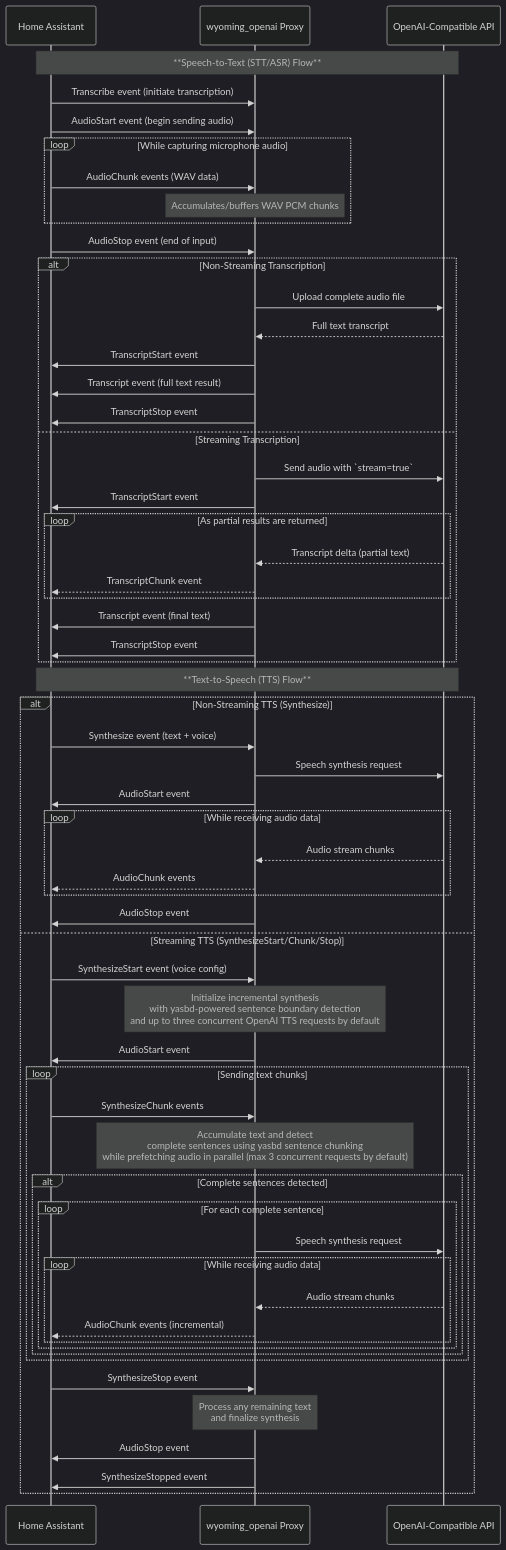
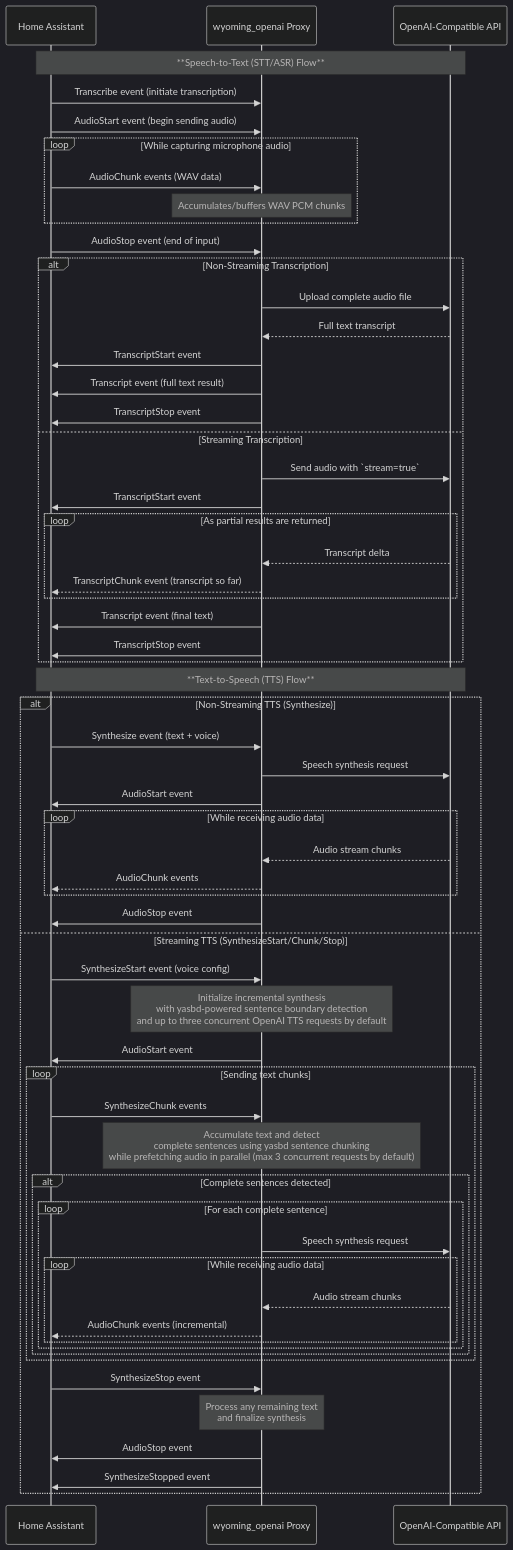
The first of 2 diagrams in README.md (roryeckel/wyoming_openai), drawn with Mermaid (dark theme) before and after one commit. The commit also changed other lines of this file and 7 other files, not shown here.

````diff
--- a/README.md
+++ b/README.md
@@ -501,66 +501,66 @@
 ```mermaid
 sequenceDiagram
   participant HA as Home Assistant
   participant WY as wyoming_openai Proxy
   participant OAPI as OpenAI-Compatible API
   
   Note over HA,OAPI: **Speech-to-Text (STT/ASR) Flow**
   HA->>WY: Transcribe event (initiate transcription)
   HA->>WY: AudioStart event (begin sending audio)
   loop While capturing microphone audio
     HA->>WY: AudioChunk events (WAV data)
     Note over WY: Accumulates/buffers WAV PCM chunks
   end
   HA->>WY: AudioStop event (end of input)
   
   alt Non-Streaming Transcription
     WY->>OAPI: Upload complete audio file
     OAPI-->>WY: Full text transcript
     WY->>HA: TranscriptStart event
     WY->>HA: Transcript event (full text result)
     WY->>HA: TranscriptStop event
   else Streaming Transcription
     WY->>OAPI: Send audio with `stream=true`
     WY->>HA: TranscriptStart event
     loop As partial results are returned
-      OAPI-->>WY: Transcript delta (partial text)
-      WY-->>HA: TranscriptChunk event
+      OAPI-->>WY: Transcript delta
+      WY-->>HA: TranscriptChunk event (transcript so far)
     end
     WY->>HA: Transcript event (final text)
     WY->>HA: TranscriptStop event
   end
   
   Note over HA,OAPI: **Text-to-Speech (TTS) Flow**
   
   alt Non-Streaming TTS (Synthesize)
     HA->>WY: Synthesize event (text + voice)
     WY->>OAPI: Speech synthesis request
     WY->>HA: AudioStart event
     loop While receiving audio data
       OAPI-->>WY: Audio stream chunks
       WY-->>HA: AudioChunk events
     end
     WY->>HA: AudioStop event
   else Streaming TTS (SynthesizeStart/Chunk/Stop)
     HA->>WY: SynthesizeStart event (voice config)
     Note over WY: Initialize incremental synthesis<br/>with yasbd-powered sentence boundary detection<br/>and up to three concurrent OpenAI TTS requests by default
     WY->>HA: AudioStart event
     loop Sending text chunks
       HA->>WY: SynthesizeChunk events
       Note over WY: Accumulate text and detect<br/>complete sentences using yasbd sentence chunking<br/>while prefetching audio in parallel (max 3 concurrent requests by default)
       alt Complete sentences detected
         loop For each complete sentence
           WY->>OAPI: Speech synthesis request
           loop While receiving audio data
             OAPI-->>WY: Audio stream chunks
             WY-->>HA: AudioChunk events (incremental)
           end
         end
       end
     end
     HA->>WY: SynthesizeStop event
     Note over WY: Process any remaining text<br/>and finalize synthesis
     WY->>HA: AudioStop event
     WY->>HA: SynthesizeStopped event
   end
 ```
````
